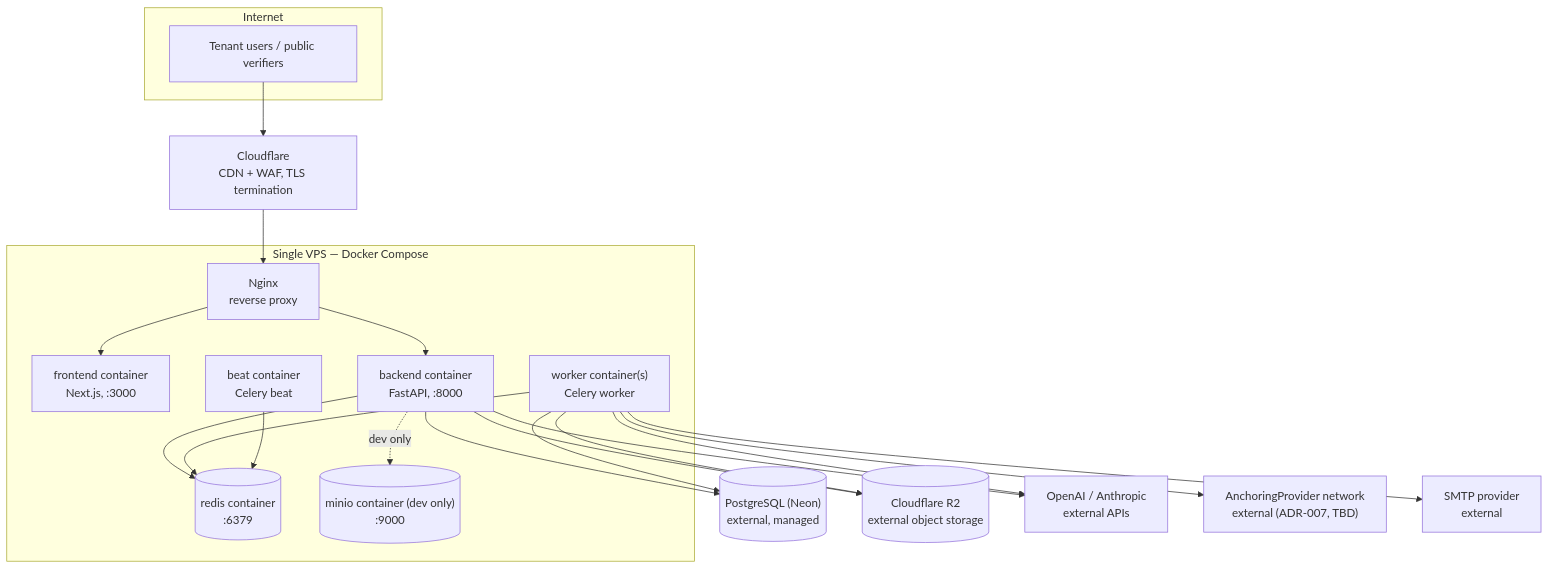
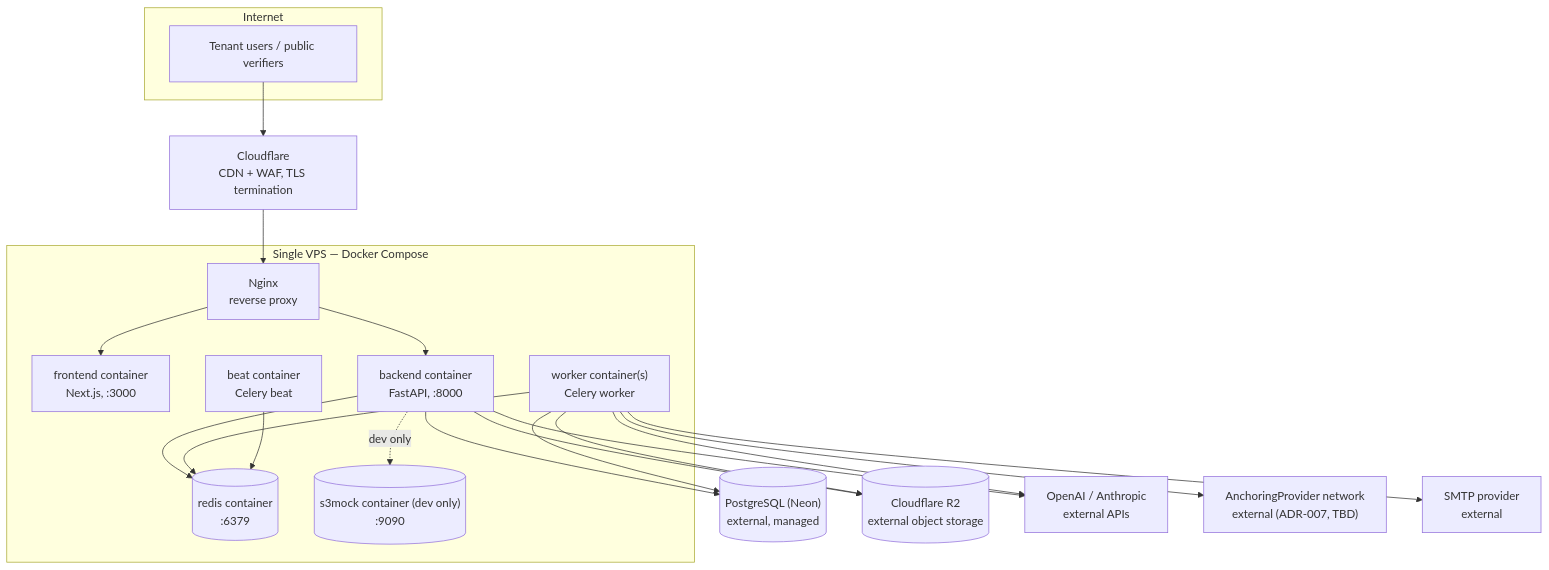
Before and after one commit to Astreus-J/JuriSense: the diagram in docs/04-architecture/deployment.md, drawn with Mermaid. The commit also changed other lines of this file and 23 other files, not shown here.

````diff
--- a/docs/04-architecture/deployment.md
+++ b/docs/04-architecture/deployment.md
@@ -11,40 +11,40 @@
 ```mermaid
 flowchart TB
     subgraph internet["Internet"]
         USER["Tenant users / public verifiers"]
     end
 
     CF["Cloudflare<br/>CDN + WAF, TLS termination"]
 
     subgraph vps["Single VPS — Docker Compose"]
         NGINX["Nginx<br/>reverse proxy"]
         FE["frontend container<br/>Next.js, :3000"]
         API["backend container<br/>FastAPI, :8000"]
         WORK["worker container(s)<br/>Celery worker"]
         BEAT["beat container<br/>Celery beat"]
         REDIS[("redis container<br/>:6379")]
-        MINIO[("minio container (dev only)<br/>:9000")]
+        MINIO[("s3mock container (dev only)<br/>:9090")]
     end
 
     NEON[("PostgreSQL (Neon)<br/>external, managed")]
     R2[("Cloudflare R2<br/>external object storage")]
     AIAPI["OpenAI / Anthropic<br/>external APIs"]
     ANCHOR["AnchoringProvider network<br/>external (ADR-007, TBD)"]
     SMTP["SMTP provider<br/>external"]
 
     USER --> CF --> NGINX
     NGINX --> FE
     NGINX --> API
     API --> REDIS
     API --> NEON
     API --> R2
     API -.dev only.-> MINIO
     API --> AIAPI
     WORK --> REDIS
     WORK --> NEON
     WORK --> R2
     WORK --> AIAPI
     WORK --> ANCHOR
     WORK --> SMTP
     BEAT --> REDIS
 ```
````
